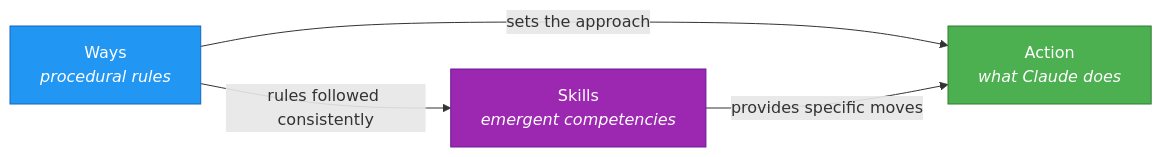
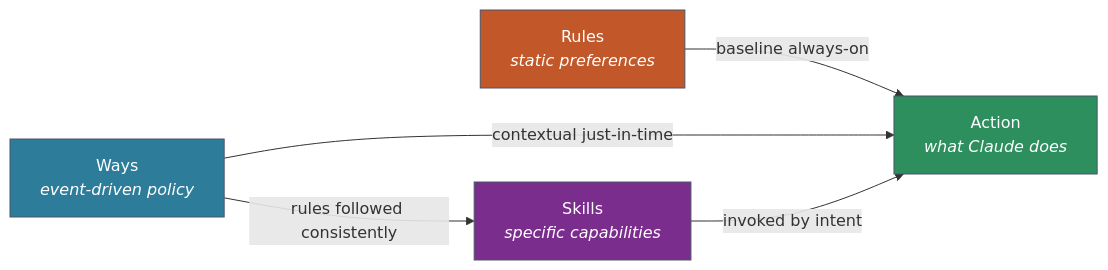
The third of 3 diagrams in docs/hooks-and-ways/README.md (Cprime-Artificial-Intelligence/claude-code-config), drawn with Mermaid before and after one commit. The commit also changed other lines of this file and 2 other files, not shown here.

First line of the commit message:
docs(comparison): three-way comparison of rules, skills, and ways

````diff
--- a/docs/hooks-and-ways/README.md
+++ b/docs/hooks-and-ways/README.md
@@ -105,14 +117,17 @@
 ```mermaid
 flowchart LR
-    classDef way fill:#2196F3,stroke:#1565C0,color:#fff
-    classDef skill fill:#9C27B0,stroke:#6A1B9A,color:#fff
-    classDef action fill:#4CAF50,stroke:#2E7D32,color:#fff
+    classDef rule fill:#C2572A,stroke:#4A5568,color:#fff
+    classDef way fill:#2D7D9A,stroke:#4A5568,color:#fff
+    classDef skill fill:#7B2D8E,stroke:#4A5568,color:#fff
+    classDef action fill:#2D8E5E,stroke:#4A5568,color:#fff
 
-    W["Ways<br/><i>procedural rules</i>"]:::way
-    S["Skills<br/><i>emergent competencies</i>"]:::skill
+    R["Rules<br/><i>static preferences</i>"]:::rule
+    W["Ways<br/><i>event-driven policy</i>"]:::way
+    S["Skills<br/><i>specific capabilities</i>"]:::skill
     A["Action<br/><i>what Claude does</i>"]:::action
 
+    R -->|"baseline always-on"| A
+    W -->|"contextual just-in-time"| A
+    S -->|"invoked by intent"| A
     W -->|"rules followed consistently"| S
-    W -->|"sets the approach"| A
-    S -->|"provides specific moves"| A
 ```
````
